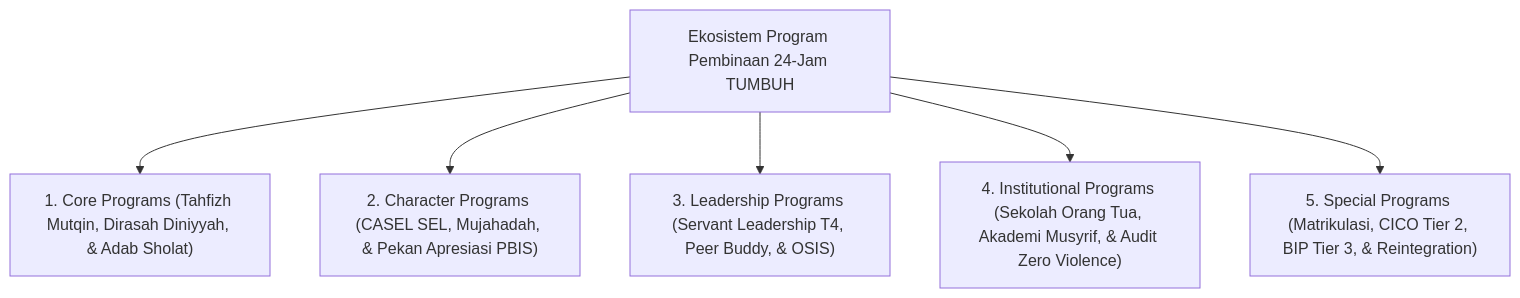
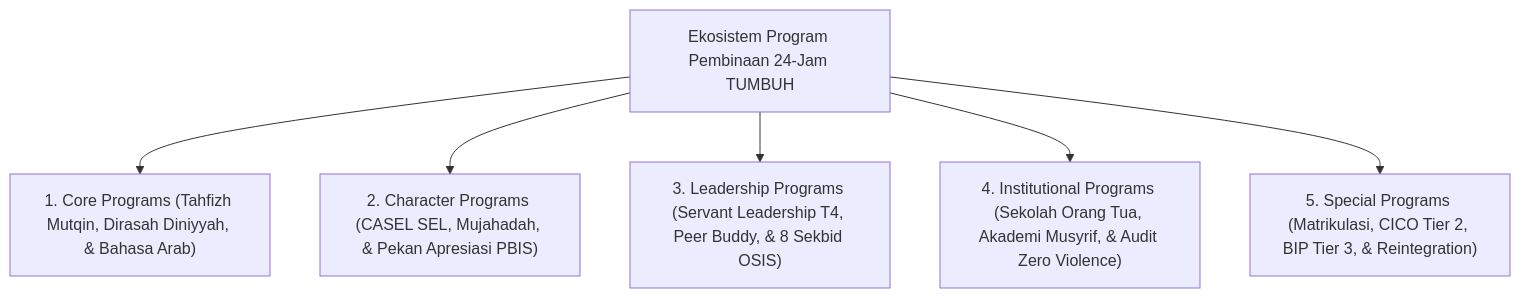
The diagram in 09 Programs/Jurnal-Monograf-Riset-Program-Pembinaan-24Jam-TUMBUH.md (wandiapriliyandi/tumbuh), drawn with Mermaid before and after one commit. The commit also changed other lines of this file and 3 other files, not shown here.

````diff
--- a/09 Programs/Jurnal-Monograf-Riset-Program-Pembinaan-24Jam-TUMBUH.md
+++ b/09 Programs/Jurnal-Monograf-Riset-Program-Pembinaan-24Jam-TUMBUH.md
@@ -26,9 +26,9 @@
 ```mermaid
 graph TD
     ProgramEco["Ekosistem Program Pembinaan 24-Jam TUMBUH"]
-    ProgramEco --> P1["1. Core Programs (Tahfizh Mutqin, Dirasah Diniyyah, & Adab Sholat)"]
+    ProgramEco --> P1["1. Core Programs (Tahfizh Mutqin, Dirasah Diniyyah, & Bahasa Arab)"]
     ProgramEco --> P2["2. Character Programs (CASEL SEL, Mujahadah, & Pekan Apresiasi PBIS)"]
-    ProgramEco --> P3["3. Leadership Programs (Servant Leadership T4, Peer Buddy, & OSIS)"]
+    ProgramEco --> P3["3. Leadership Programs (Servant Leadership T4, Peer Buddy, & 8 Sekbid OSIS)"]
     ProgramEco --> P4["4. Institutional Programs (Sekolah Orang Tua, Akademi Musyrif, & Audit Zero Violence)"]
     ProgramEco --> P5["5. Special Programs (Matrikulasi, CICO Tier 2, BIP Tier 3, & Reintegration)"]
 ```
````
